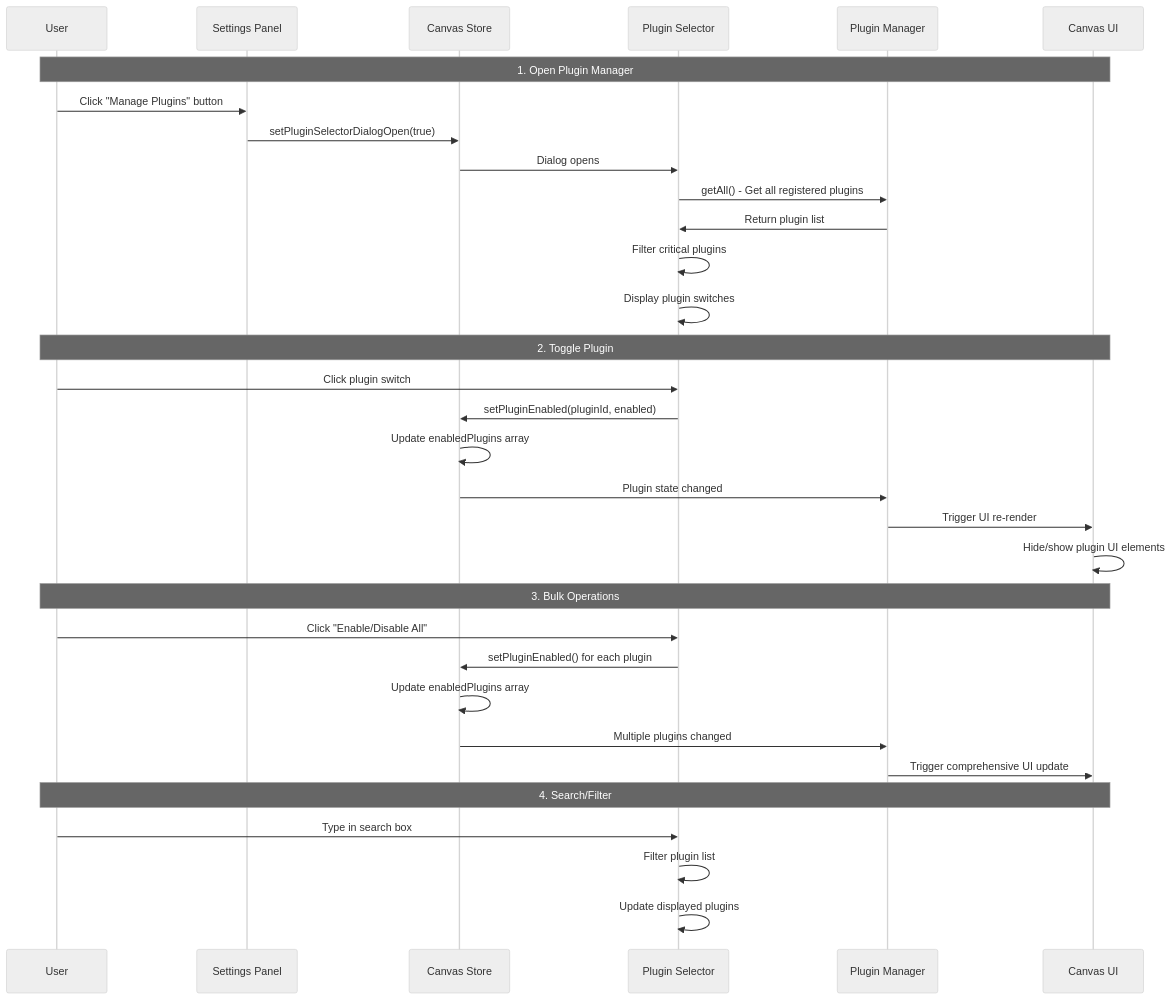
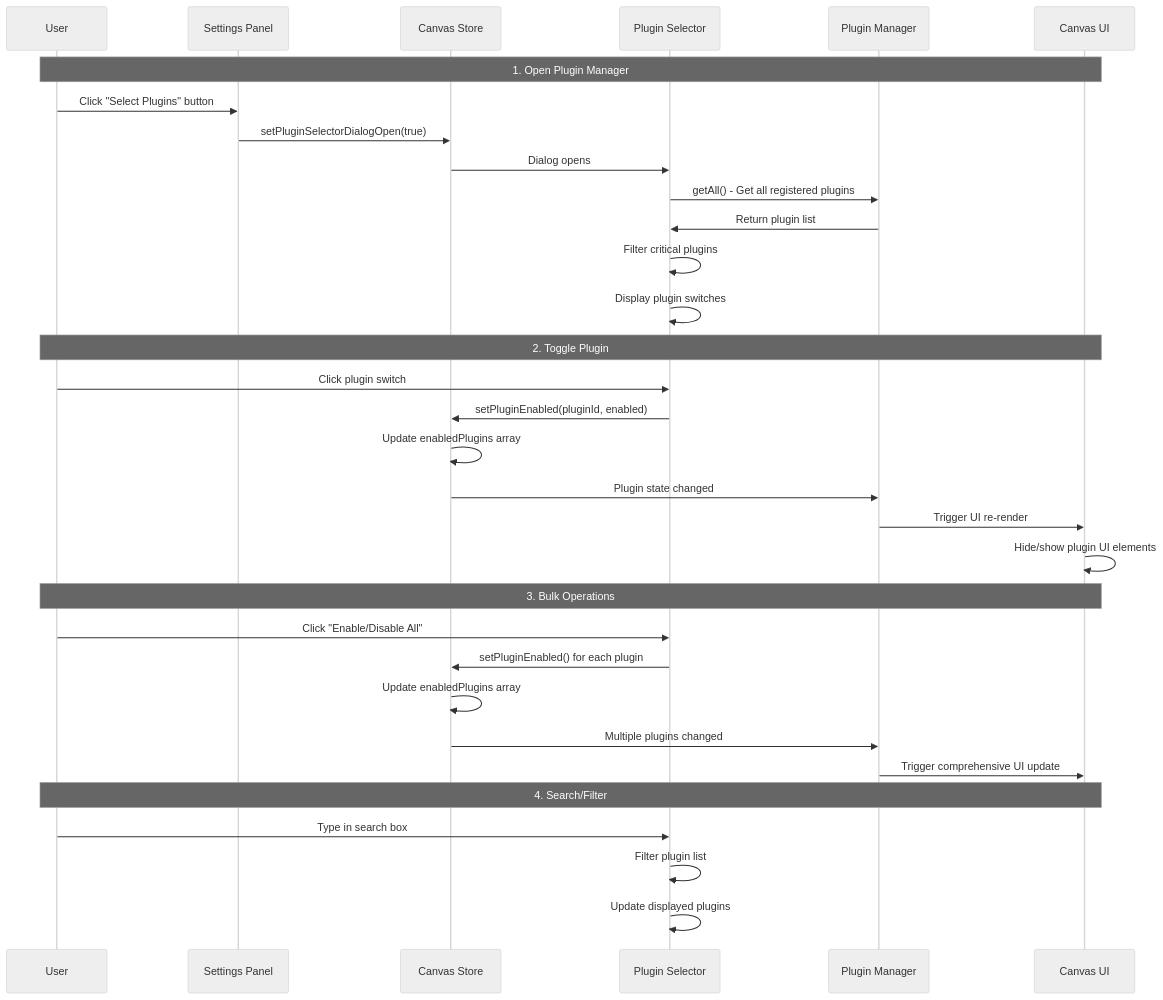
One commit to ekrsulov/ttpe changed the first of 2 diagrams in doc/docs/plugins/catalog/plugin-selector.md. Above: the diagram before and after it, drawn with Mermaid (neutral theme). The commit also changed other lines of this file and 2 other files, not shown here.

Commit message:
feat: update plugin management terminology to "Select Plugins" for clarity

````diff
--- a/doc/docs/plugins/catalog/plugin-selector.md
+++ b/doc/docs/plugins/catalog/plugin-selector.md
@@ -22,38 +22,38 @@
 ```mermaid
 sequenceDiagram
     participant User
     participant UI as Settings Panel
     participant Store as Canvas Store
     participant PS as Plugin Selector
     participant PM as Plugin Manager
     participant Canvas as Canvas UI
 
     Note over User,Canvas: 1. Open Plugin Manager
-    User->>UI: Click "Manage Plugins" button
+    User->>UI: Click "Select Plugins" button
     UI->>Store: setPluginSelectorDialogOpen(true)
     Store->>PS: Dialog opens
     PS->>PM: getAll() - Get all registered plugins
     PM->>PS: Return plugin list
     PS->>PS: Filter critical plugins
     PS->>PS: Display plugin switches
 
     Note over User,Canvas: 2. Toggle Plugin
     User->>PS: Click plugin switch
     PS->>Store: setPluginEnabled(pluginId, enabled)
     Store->>Store: Update enabledPlugins array
     Store->>PM: Plugin state changed
     PM->>Canvas: Trigger UI re-render
     Canvas->>Canvas: Hide/show plugin UI elements
 
     Note over User,Canvas: 3. Bulk Operations
     User->>PS: Click "Enable/Disable All"
     PS->>Store: setPluginEnabled() for each plugin
     Store->>Store: Update enabledPlugins array
     Store->>PM: Multiple plugins changed
     PM->>Canvas: Trigger comprehensive UI update
 
     Note over User,Canvas: 4. Search/Filter
     User->>PS: Type in search box
     PS->>PS: Filter plugin list
     PS->>PS: Update displayed plugins
 ```
````
